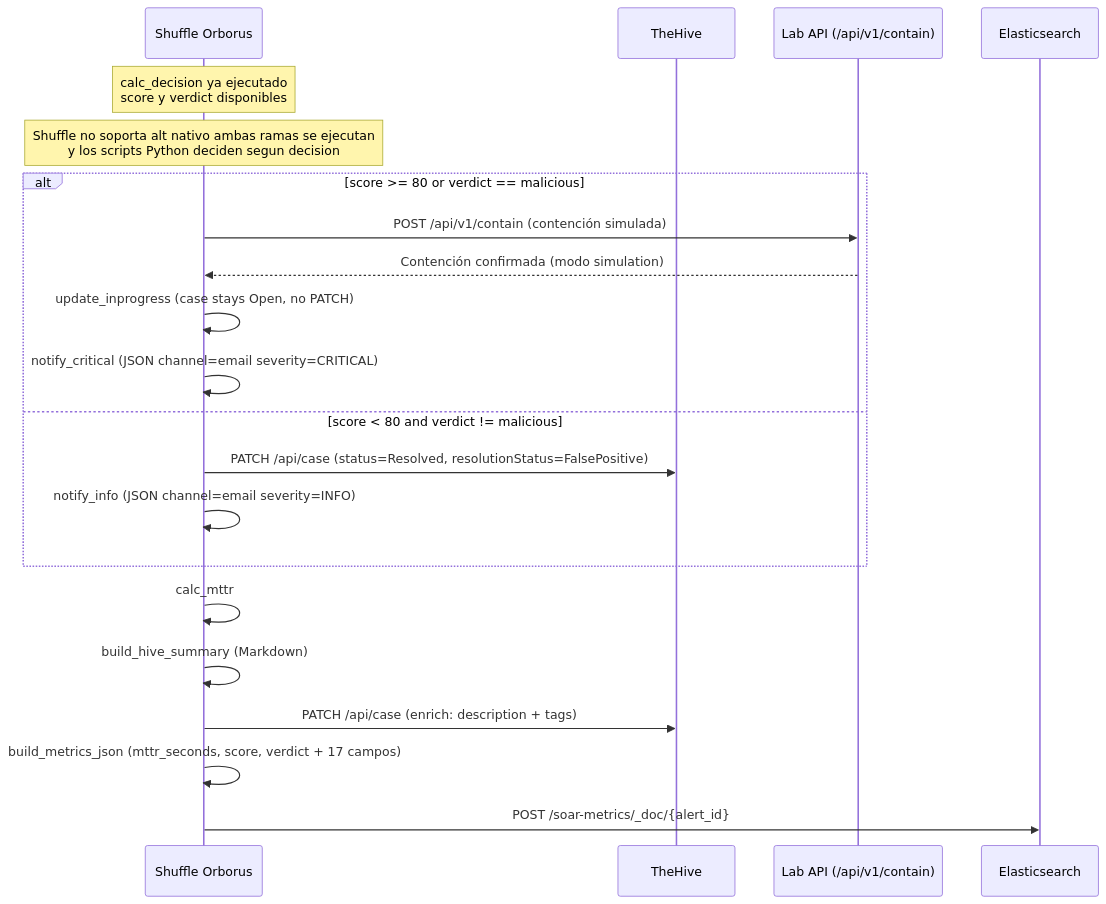
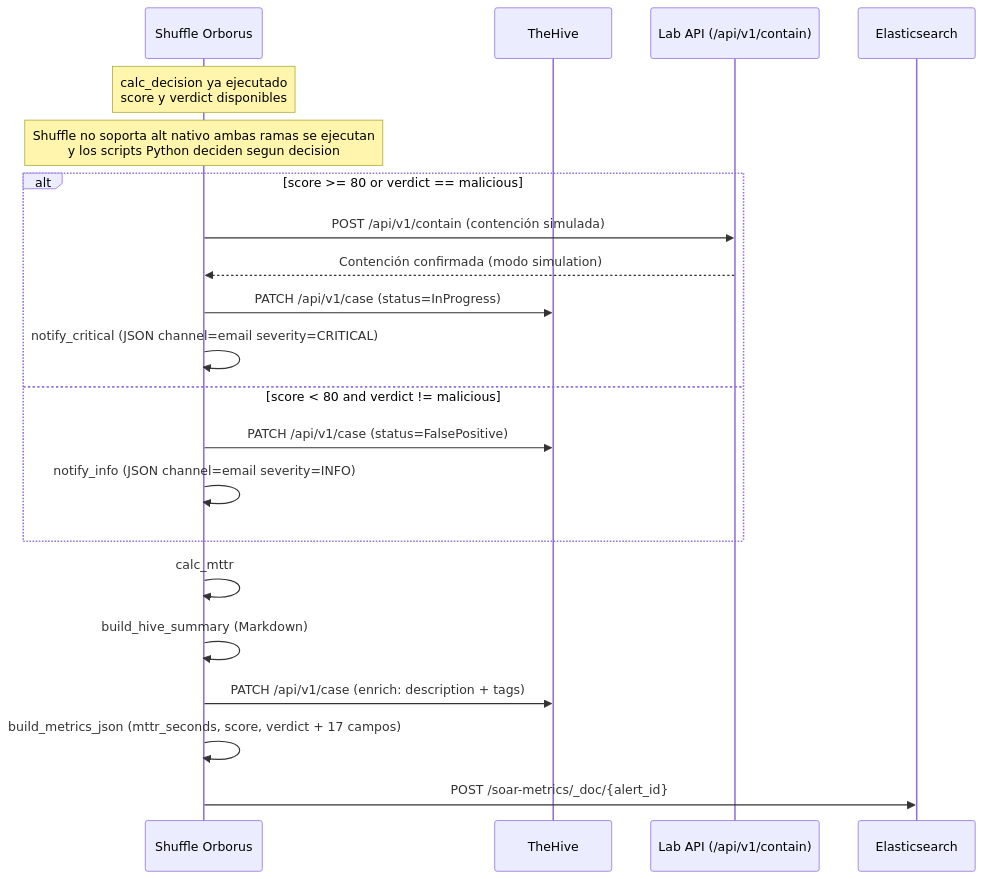
Diagram 11 of 22 in docs/02-architecture.md (alesanfe/soar-ransomware-lab), drawn with Mermaid before and after one commit. The commit also changed other lines of this file and 107 other files, not shown here.

````diff
--- a/docs/02-architecture.md
+++ b/docs/02-architecture.md
@@ -2931,24 +2927,24 @@
 ```mermaid
 sequenceDiagram
  participant Shuffle as Shuffle Orborus
  participant TheHive as TheHive
  participant API as Lab API (/api/v1/contain)
  participant ES as Elasticsearch
 
  Note over Shuffle: calc_decision ya ejecutado<br/>score y verdict disponibles
  Note over Shuffle: Shuffle no soporta alt nativo ambas ramas se ejecutan<br/>y los scripts Python deciden segun decision
  alt score >= 80 or verdict == malicious
  Shuffle->>API: POST /api/v1/contain (contención simulada)
  API-->>Shuffle: Contención confirmada (modo simulation)
- Shuffle->>Shuffle: update_inprogress (case stays Open, no PATCH)
+ Shuffle->>TheHive: PATCH /api/v1/case (status=InProgress)
  Shuffle->>Shuffle: notify_critical (JSON channel=email severity=CRITICAL)
  else score < 80 and verdict != malicious
- Shuffle->>TheHive: PATCH /api/case (status=Resolved, resolutionStatus=FalsePositive)
+ Shuffle->>TheHive: PATCH /api/v1/case (status=FalsePositive)
  Shuffle->>Shuffle: notify_info (JSON channel=email severity=INFO)
  end
  Shuffle->>Shuffle: calc_mttr
  Shuffle->>Shuffle: build_hive_summary (Markdown)
- Shuffle->>TheHive: PATCH /api/case (enrich: description + tags)
+ Shuffle->>TheHive: PATCH /api/v1/case (enrich: description + tags)
  Shuffle->>Shuffle: build_metrics_json (mttr_seconds, score, verdict + 17 campos)
  Shuffle->>ES: POST /soar-metrics/_doc/{alert_id}
 ```
````
